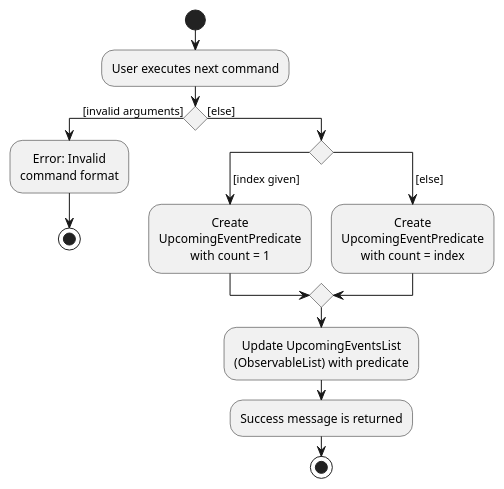
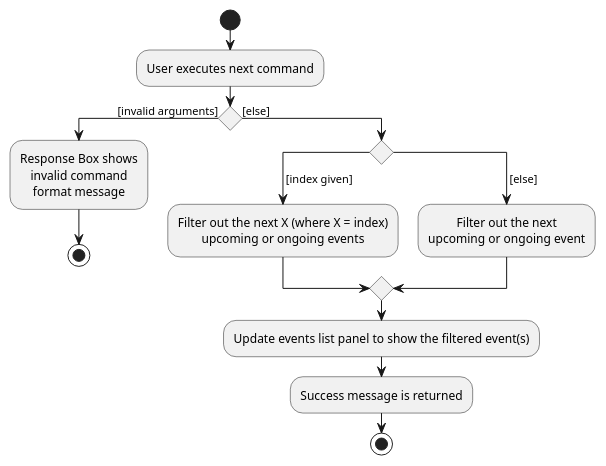
Before and after one commit to nus-cs2103-AY2223S2/tp: the diagram in docs/diagrams/NextCommandActivityDiagram.puml, drawn with PlantUML. The commit also changed 6 other files, not shown here.

Commit message:
Update Activtiy Diagram

```diff
--- a/docs/diagrams/NextCommandActivityDiagram.puml
+++ b/docs/diagrams/NextCommandActivityDiagram.puml
@@ -1,28 +1,27 @@
 @startuml
 skinparam defaultTextAlignment center
 start
 :User executes next command;
 
 'Since the beta syntax does not support placing the condition outside the
 'diamond we place it as the true branch instead.
 
 if () then ([invalid arguments])
-    :Error: Invalid
-    command format;
+    :Response Box shows
+    invalid command
+    format message;
 stop
 else ([else])
 switch ()
 case ( [index given])
-    :Create
-    UpcomingEventPredicate
-    with count = 1;
+    :Filter out the next X (where X = index)
+    upcoming or ongoing events;
 case ( [else])
-    :Create
-    UpcomingEventPredicate
-    with count = index;
+    :Filter out the next
+    upcoming or ongoing event;
+
 endswitch
-:Update UpcomingEventsList
-(ObservableList) with predicate;
+:Update events list panel to show the filtered event(s);
 :Success message is returned;
 stop
 @enduml
```
